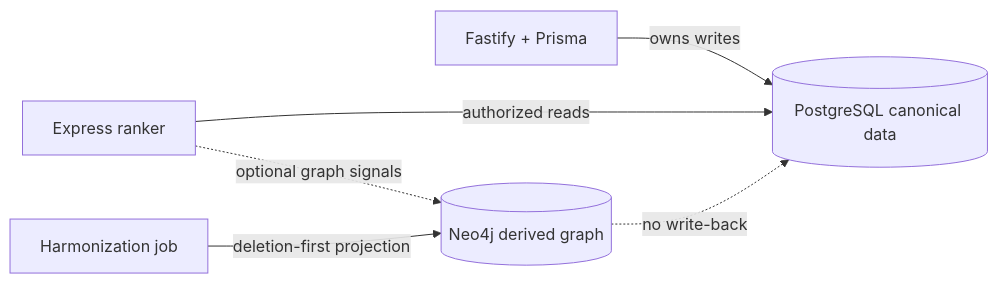
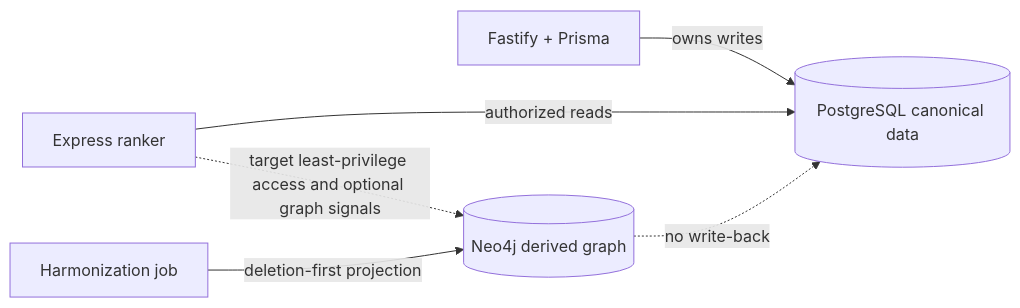
Before and after one commit to bhsei/26A: diagram 13 of 14 in docs/design/SAD.md, drawn with Mermaid. The commit also changed other lines of this file, not shown here.

First line of the commit message:
SAD design v1.0; add AdoptAJob Software Architecture Document

````diff
--- a/docs/design/SAD.md
+++ b/docs/design/SAD.md
@@ -918,8 +891,8 @@
 ```mermaid
 flowchart LR
     B[Fastify + Prisma] -- owns writes --> P[(PostgreSQL canonical data)]
     E[Express ranker] -- authorized reads --> P
     H[Harmonization job] -- deletion-first projection --> N[(Neo4j derived graph)]
-    E -. optional graph signals .-> N
+    E -. target least-privilege access and optional graph signals .-> N
     N -. no write-back .-> P
 ```
````
